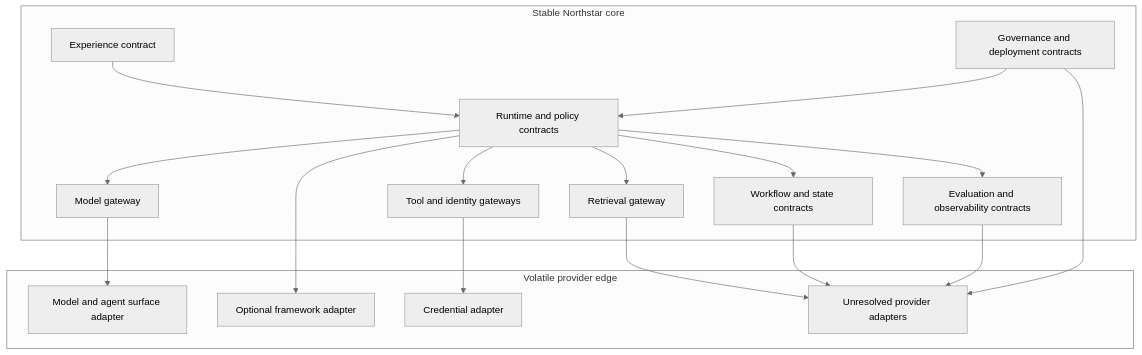
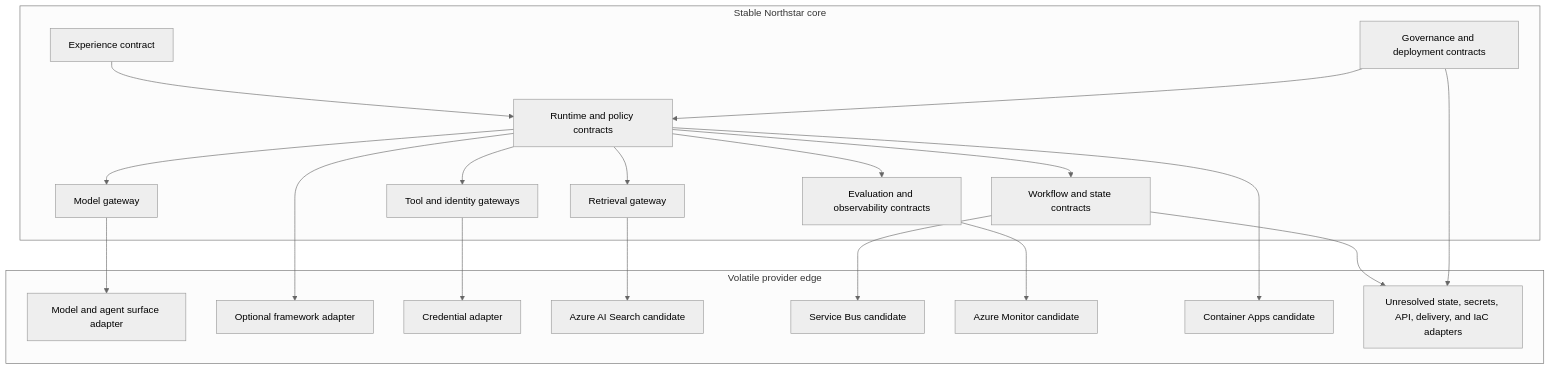
The fourth of 5 diagrams in modules/09-microsoft-synthesis-capstone/chapters/36-northstar-on-microsoft-stack.md (VikrantSingh01/Agentic_System_Design), drawn with Mermaid (neutral theme) before and after one commit. The commit also changed other lines of this file and 1 other file, not shown here.

````diff
--- a/modules/09-microsoft-synthesis-capstone/chapters/36-northstar-on-microsoft-stack.md
+++ b/modules/09-microsoft-synthesis-capstone/chapters/36-northstar-on-microsoft-stack.md
@@ -276,33 +288,39 @@
 ```mermaid
 flowchart TB
     subgraph S[Stable Northstar core]
         UI[Experience contract]
         RT[Runtime and policy contracts]
         MG[Model gateway]
         RG[Retrieval gateway]
         TG[Tool and identity gateways]
         WS[Workflow and state contracts]
         EO[Evaluation and observability contracts]
         GD[Governance and deployment contracts]
     end
     subgraph V[Volatile provider edge]
         MA[Model and agent surface adapter]
         FA[Optional framework adapter]
         IA[Credential adapter]
-        X[Unresolved provider adapters]
+        SR[Azure AI Search candidate]
+        SB[Service Bus candidate]
+        AM[Azure Monitor candidate]
+        CA[Container Apps candidate]
+        X[Unresolved state, secrets, API, delivery, and IaC adapters]
     end
     UI --> RT
     RT --> MG
     RT --> RG
     RT --> TG
     RT --> WS
     RT --> EO
     GD --> RT
     MG --> MA
     RT --> FA
     TG --> IA
-    RG --> X
+    RG --> SR
+    WS --> SB
+    EO --> AM
+    RT --> CA
     WS --> X
-    EO --> X
     GD --> X
 ```
````
